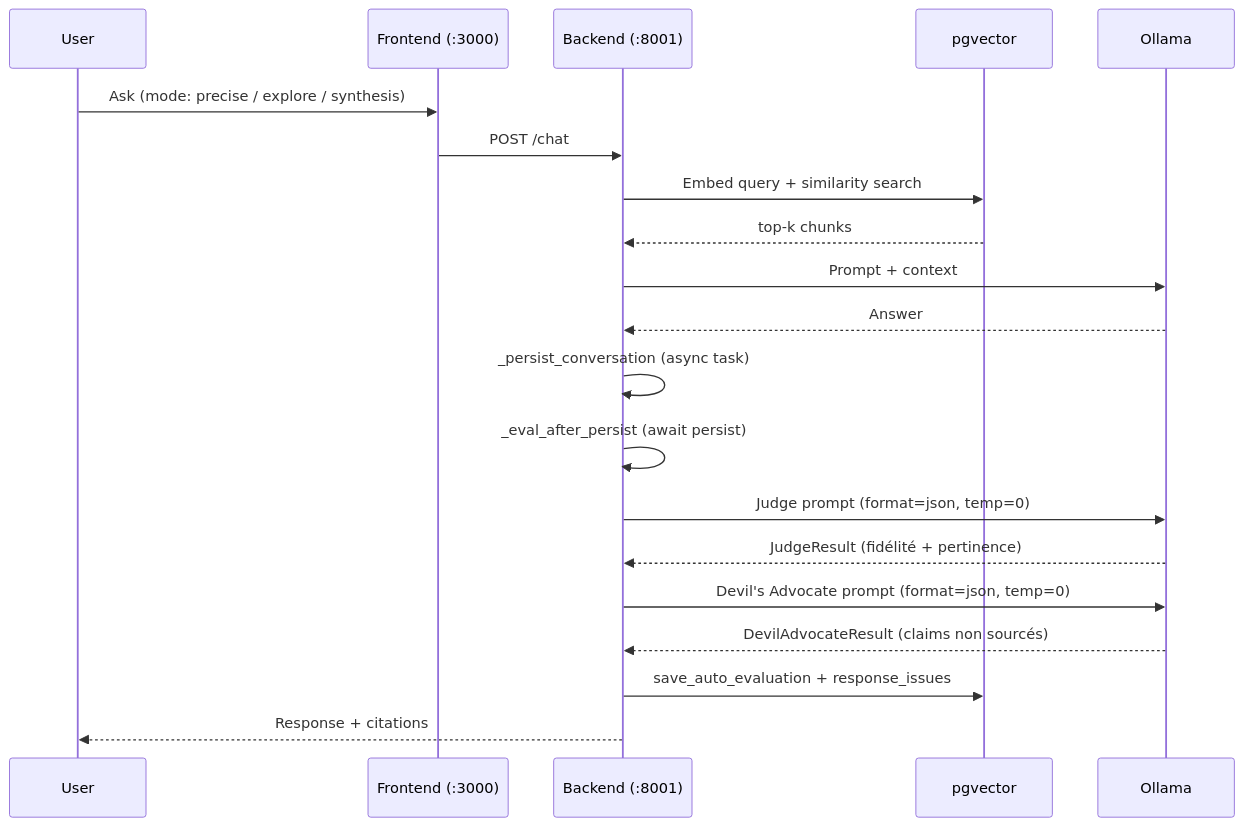
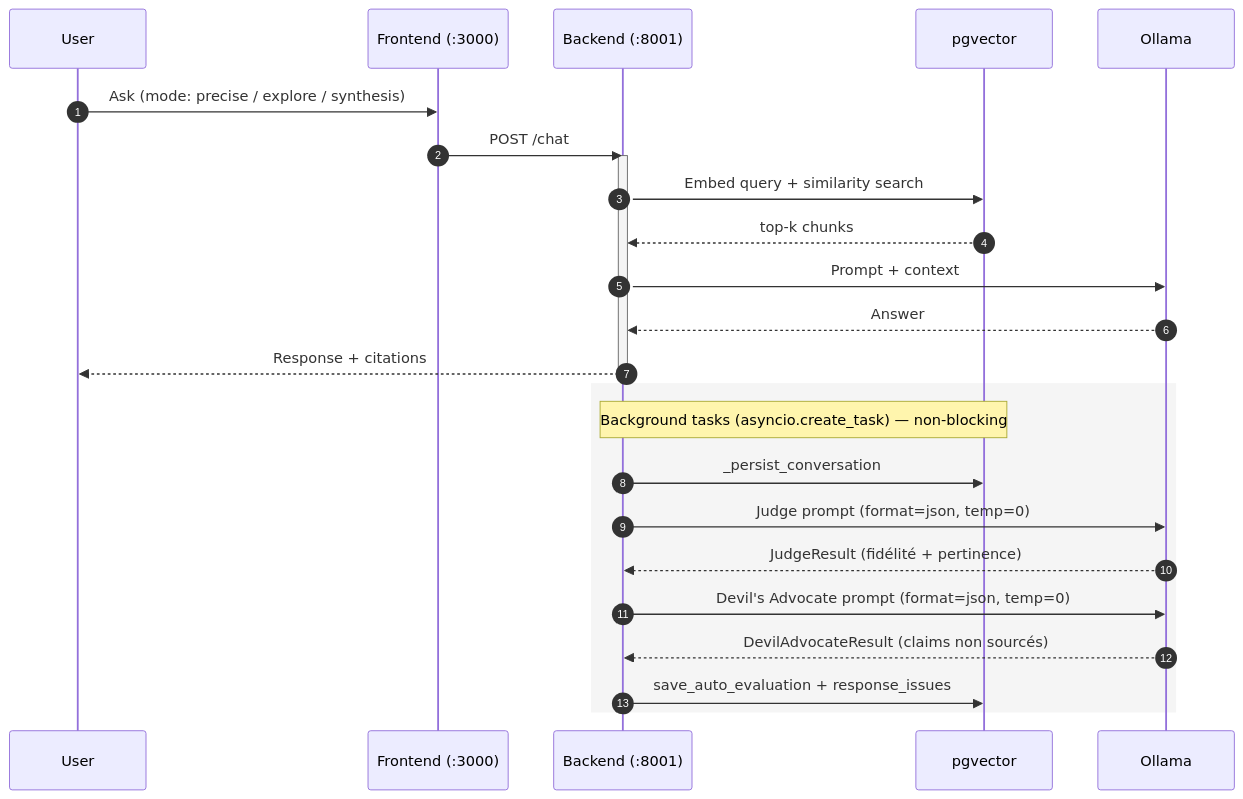
One commit to chelmooz/RAG-Harvard-IT-teacher changed the second of 3 diagrams in README.md. Above: the diagram before and after it, drawn with Mermaid. The commit also changed other lines of this file and 1 other file, not shown here.

Commit message:
docs: update Mermaid diagrams — aligned with v6 stack (ports, Ollama Vulkan, auto-eval seq, Modèle 3)

````diff
--- a/README.md
+++ b/README.md
@@ -85,22 +95,29 @@
 ```mermaid
 sequenceDiagram
+    autonumber
     participant U as User
     participant FE as Frontend (:3000)
     participant BE as Backend (:8001)
     participant PG as pgvector
     participant OL as Ollama
+
     U->>FE: Ask (mode: precise / explore / synthesis)
     FE->>BE: POST /chat
+    activate BE
     BE->>PG: Embed query + similarity search
     PG-->>BE: top-k chunks
     BE->>OL: Prompt + context
     OL-->>BE: Answer
-    BE->>BE: _persist_conversation (async task)
-    BE->>BE: _eval_after_persist (await persist)
-    BE->>OL: Judge prompt (format=json, temp=0)
-    OL-->>BE: JudgeResult (fidélité + pertinence)
-    BE->>OL: Devil's Advocate prompt (format=json, temp=0)
-    OL-->>BE: DevilAdvocateResult (claims non sourcés)
-    BE->>PG: save_auto_evaluation + response_issues
     BE-->>U: Response + citations
+    deactivate BE
+
+    rect rgb(245, 245, 245)
+        note over BE,PG: Background tasks (asyncio.create_task) — non-blocking
+        BE->>PG: _persist_conversation
+        BE->>OL: Judge prompt (format=json, temp=0)
+        OL-->>BE: JudgeResult (fidélité + pertinence)
+        BE->>OL: Devil's Advocate prompt (format=json, temp=0)
+        OL-->>BE: DevilAdvocateResult (claims non sourcés)
+        BE->>PG: save_auto_evaluation + response_issues
+    end
 ```
````
